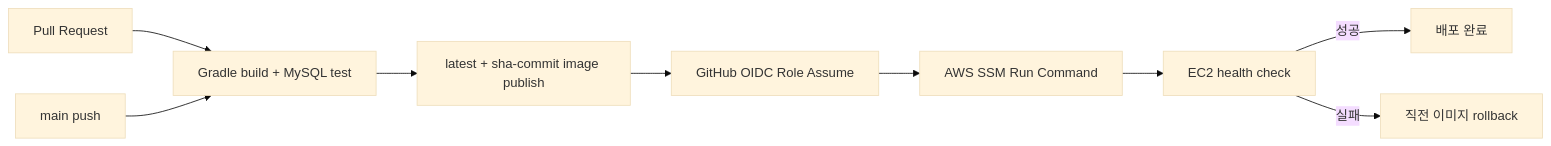
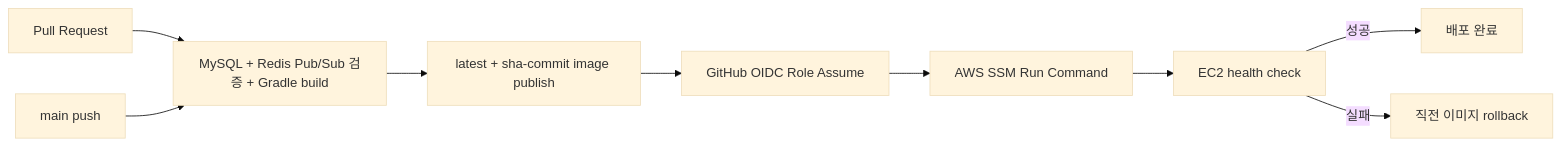
The third of 3 diagrams in README.md (100-hours-a-week/KTB4_Jayden_Week12_BE), drawn with Mermaid (base theme) before and after one commit. The commit also changed other lines of this file, not shown here.

Commit message:
docs: Redis 기반 CI/CD 운영 절차 보완

````diff
--- a/README.md
+++ b/README.md
@@ -362,11 +362,11 @@
 ```mermaid
 flowchart LR
-    P["Pull Request"] --> V["Gradle build + MySQL test"]
+    P["Pull Request"] --> V["MySQL + Redis Pub/Sub 검증 + Gradle build"]
     M["main push"] --> V
     V --> I["latest + sha-commit image publish"]
     I --> O["GitHub OIDC Role Assume"]
     O --> S["AWS SSM Run Command"]
     S --> H["EC2 health check"]
     H -->|"성공"| C["배포 완료"]
     H -->|"실패"| R["직전 이미지 rollback"]
 ```
````
